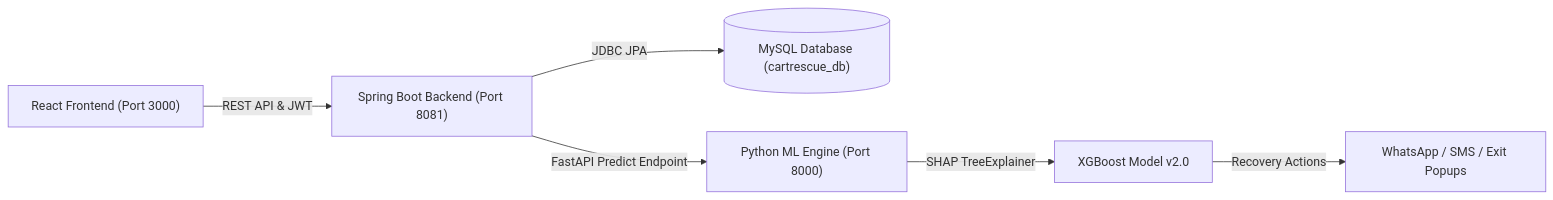
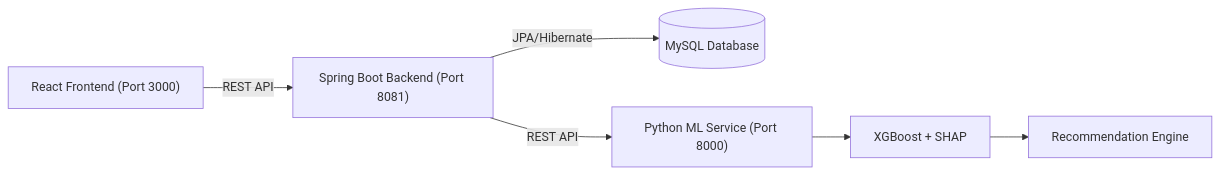
One commit to SHAIKZILANI/AI_HACKATHON changed the diagram in README.md. Above: the diagram before and after it, drawn with Mermaid. The commit also changed other lines of this file, not shown here.

````diff
--- a/README.md
+++ b/README.md
@@ -29,9 +48,13 @@
 ```mermaid
 flowchart LR
 
-A[" React Frontend (Port 3000)"] -->|REST API & JWT| B[" Spring Boot Backend (Port 8081)"]
-B -->|JDBC JPA| C[(" MySQL Database (cartrescue_db)")]
-B -->|FastAPI Predict Endpoint| D[" Python ML Engine (Port 8000)"]
-D -->|SHAP TreeExplainer| E[" XGBoost Model v2.0"]
-E -->|Recovery Actions| F[" WhatsApp / SMS / Exit Popups"]
+A["React Frontend (Port 3000)"] -->|REST API| B["Spring Boot Backend (Port 8081)"]
+
+B -->|JPA/Hibernate| C[("MySQL Database")]
+
+B -->|REST API| D["Python ML Service (Port 8000)"]
+
+D --> E["XGBoost + SHAP"]
+
+E --> F["Recommendation Engine"]
 ```
````
